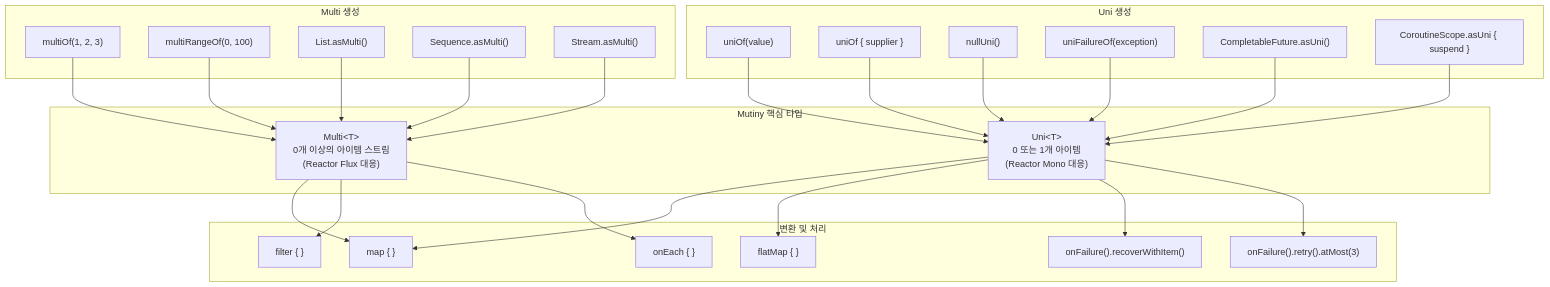
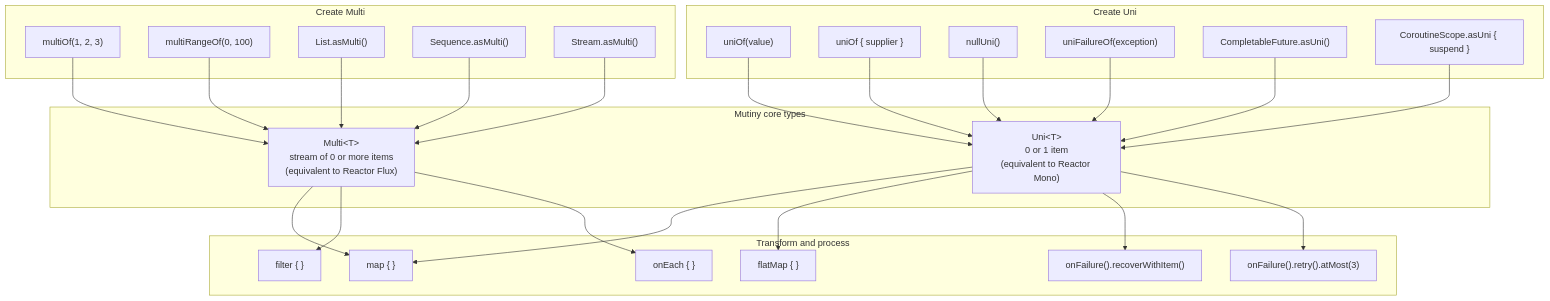
One commit to bluetape4k/bluetape4k-projects changed the second of 3 diagrams in utils/mutiny/README.md. Above: the diagram before and after it, drawn with Mermaid. The commit also changed other lines of this file and 265 other files, not shown here.

````diff
--- a/utils/mutiny/README.md
+++ b/utils/mutiny/README.md
@@ -274,54 +276,54 @@
 ```mermaid
 flowchart TD
-    subgraph Mutiny핵심타입["Mutiny 핵심 타입"]
-        UNI["Uni&lt;T&gt;<br/>0 또는 1개 아이템<br/>(Reactor Mono 대응)"]
-        MULTI["Multi&lt;T&gt;<br/>0개 이상의 아이템 스트림<br/>(Reactor Flux 대응)"]
+    subgraph MutinyCoreTypes["Mutiny core types"]
+        UNI["Uni&lt;T&gt;<br/>0 or 1 item<br/>(equivalent to Reactor Mono)"]
+        MULTI["Multi&lt;T&gt;<br/>stream of 0 or more items<br/>(equivalent to Reactor Flux)"]
     end
 
-    subgraph Uni생성["Uni 생성"]
+    subgraph UniCreation["Create Uni"]
         UV["uniOf(value)"]
         US["uniOf { supplier }"]
         UN["nullUni()"]
         UF["uniFailureOf(exception)"]
         UCF["CompletableFuture.asUni()"]
         UCORO["CoroutineScope.asUni { suspend }"]
     end
 
-    subgraph Multi생성["Multi 생성"]
+    subgraph MultiCreation["Create Multi"]
         MV["multiOf(1, 2, 3)"]
         MR["multiRangeOf(0, 100)"]
         ML["List.asMulti()"]
         MS["Sequence.asMulti()"]
         MSTR["Stream.asMulti()"]
     end
 
-    subgraph 변환및처리["변환 및 처리"]
+    subgraph TransformAndProcess["Transform and process"]
         MAP["map { }"]
         FLT["filter { }"]
         FM["flatMap { }"]
         OE["onEach { }"]
         ERR["onFailure().recoverWithItem()"]
         RET["onFailure().retry().atMost(3)"]
     end
 
     UV --> UNI
     US --> UNI
     UN --> UNI
     UF --> UNI
     UCF --> UNI
     UCORO --> UNI
 
     MV --> MULTI
     MR --> MULTI
     ML --> MULTI
     MS --> MULTI
     MSTR --> MULTI
 
     UNI --> MAP
     UNI --> FM
     UNI --> ERR
     UNI --> RET
     MULTI --> MAP
     MULTI --> FLT
     MULTI --> OE
 ```
````
